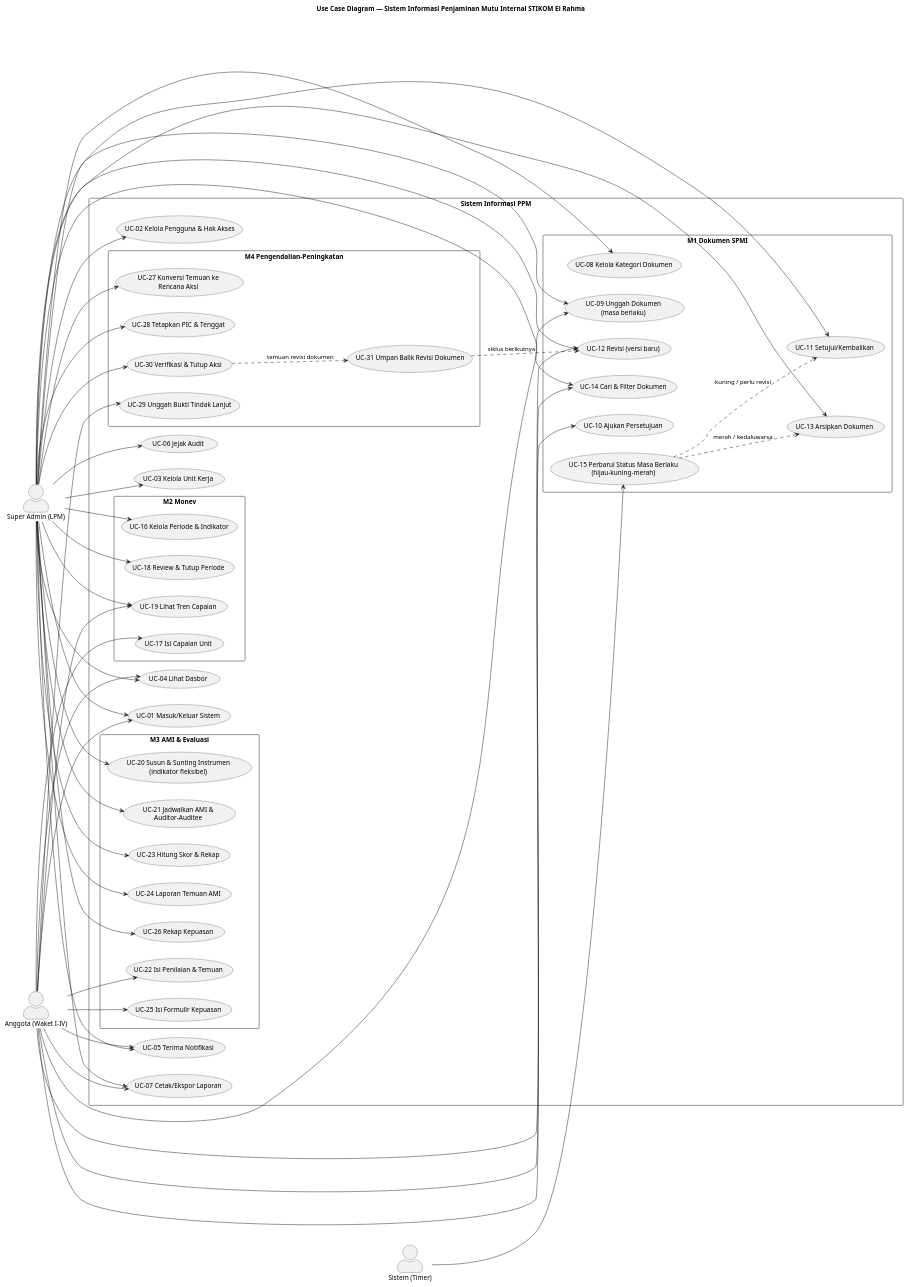
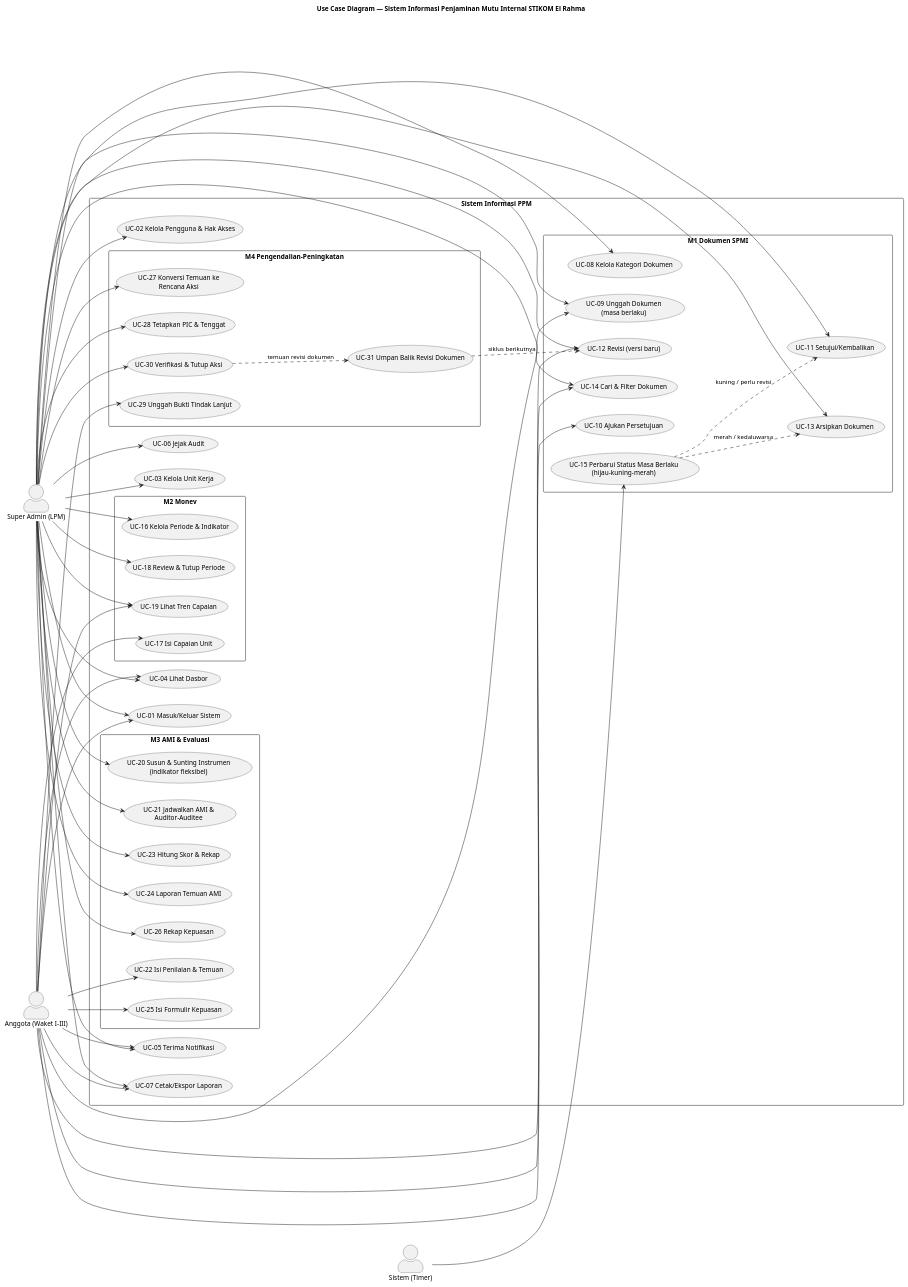
Before and after one commit to Gias-Wijaya/spmi-siklus-ppepp: the diagram in sistem/desain/01-use-case.md, drawn with PlantUML. The commit also changed other lines of this file and 10 other files, not shown here.

First line of the commit message:
fix: revisi struktur — hanya Waket I-III, tanpa Waket IV

```diff
--- a/sistem/desain/01-use-case.md
+++ b/sistem/desain/01-use-case.md
@@ -63,7 +63,7 @@
 title Use Case Diagram — Sistem Informasi Penjaminan Mutu Internal STIKOM El Rahma
 
 actor "Super Admin (LPM)" as SA
-actor "Anggota (Waket I-IV)" as AG
+actor "Anggota (Waket I-III)" as AG
 actor "Sistem (Timer)" as SYS
 
 rectangle "Sistem Informasi PPM" {
```
